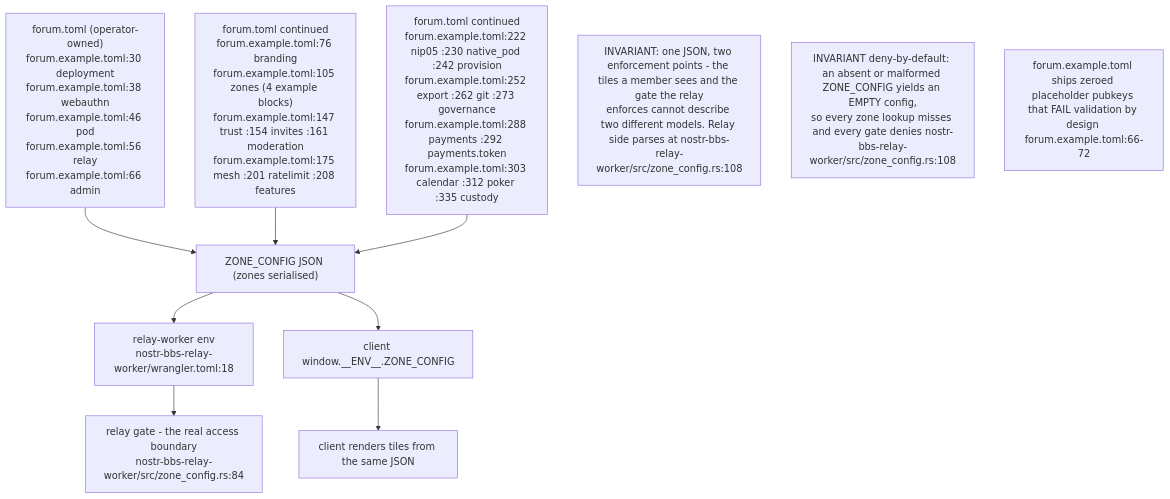
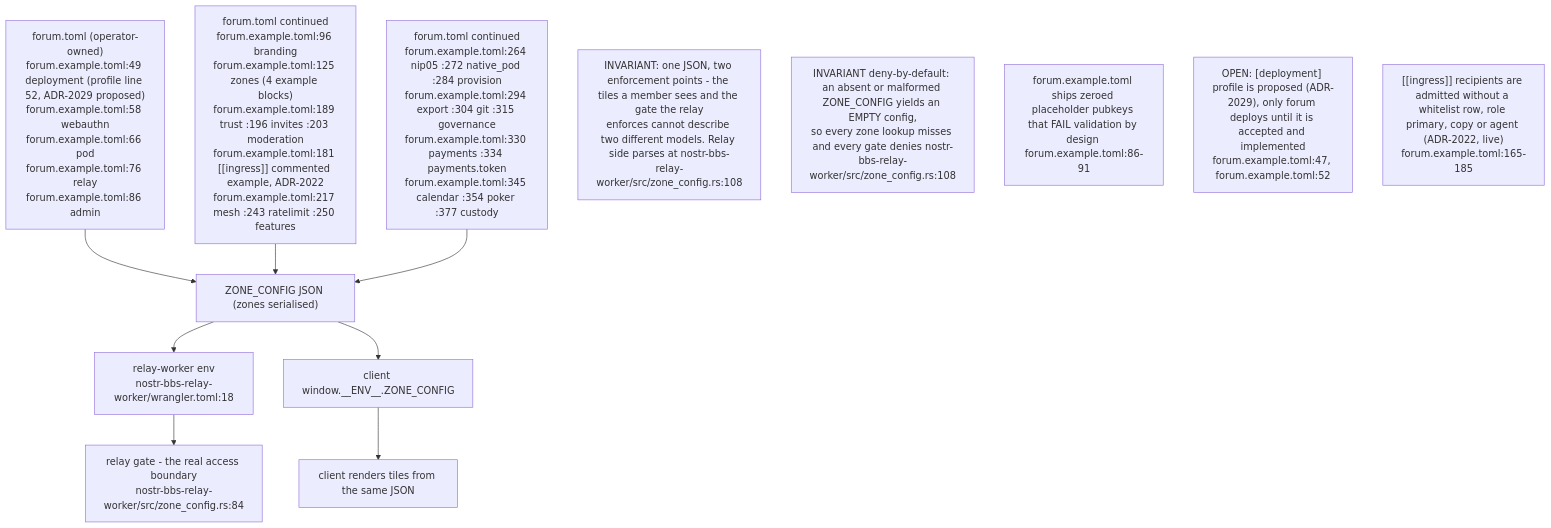
Before and after one commit to DreamLab-AI/VisionFlow: the first of 9 diagrams in docs/diagrams/nostr-rust-forum/08-config-zones-stores-and-admin-authority.md, drawn with Mermaid. The commit also changed other lines of this file and 160 other files, not shown here.

````diff
--- a/docs/diagrams/nostr-rust-forum/08-config-zones-stores-and-admin-authority.md
+++ b/docs/diagrams/nostr-rust-forum/08-config-zones-stores-and-admin-authority.md
@@ -42,21 +43,23 @@
 ```mermaid
 flowchart TB
-    TOML["forum.toml (operator-owned)<br/>forum.example.toml:30 deployment<br/>forum.example.toml:38 webauthn<br/>forum.example.toml:46 pod<br/>forum.example.toml:56 relay<br/>forum.example.toml:66 admin"]
-    TOML2["forum.toml continued<br/>forum.example.toml:76 branding<br/>forum.example.toml:105 zones (4 example blocks)<br/>forum.example.toml:147 trust :154 invites :161 moderation<br/>forum.example.toml:175 mesh :201 ratelimit :208 features"]
-    TOML3["forum.toml continued<br/>forum.example.toml:222 nip05 :230 native_pod :242 provision<br/>forum.example.toml:252 export :262 git :273 governance<br/>forum.example.toml:288 payments :292 payments.token<br/>forum.example.toml:303 calendar :312 poker :335 custody"]
+    TOML["forum.toml (operator-owned)<br/>forum.example.toml:49 deployment (profile line 52, ADR-2029 proposed)<br/>forum.example.toml:58 webauthn<br/>forum.example.toml:66 pod<br/>forum.example.toml:76 relay<br/>forum.example.toml:86 admin"]
+    TOML2["forum.toml continued<br/>forum.example.toml:96 branding<br/>forum.example.toml:125 zones (4 example blocks)<br/>forum.example.toml:189 trust :196 invites :203 moderation<br/>forum.example.toml:181 [[ingress]] commented example, ADR-2022<br/>forum.example.toml:217 mesh :243 ratelimit :250 features"]
+    TOML3["forum.toml continued<br/>forum.example.toml:264 nip05 :272 native_pod :284 provision<br/>forum.example.toml:294 export :304 git :315 governance<br/>forum.example.toml:330 payments :334 payments.token<br/>forum.example.toml:345 calendar :354 poker :377 custody"]
     ZC["ZONE_CONFIG JSON (zones serialised)"]
     RELAYENV["relay-worker env<br/>nostr-bbs-relay-worker/wrangler.toml:18"]
     CLIENTENV["client window.__ENV__.ZONE_CONFIG"]
     GATE["relay gate - the real access boundary<br/>nostr-bbs-relay-worker/src/zone_config.rs:84"]
     TILES["client renders tiles from the same JSON"]
 
     TOML --> ZC
     TOML2 --> ZC
     TOML3 --> ZC
     ZC --> RELAYENV --> GATE
     ZC --> CLIENTENV --> TILES
 
     N1["INVARIANT: one JSON, two enforcement points - the tiles a member sees and the gate the relay<br/>enforces cannot describe two different models. Relay side parses at nostr-bbs-relay-worker/src/zone_config.rs:108"]
     N2["INVARIANT deny-by-default: an absent or malformed ZONE_CONFIG yields an EMPTY config,<br/>so every zone lookup misses and every gate denies nostr-bbs-relay-worker/src/zone_config.rs:108"]
-    N3["forum.example.toml ships zeroed placeholder pubkeys that FAIL validation by design forum.example.toml:66-72"]
+    N3["forum.example.toml ships zeroed placeholder pubkeys that FAIL validation by design forum.example.toml:86-91"]
+    N4["OPEN: [deployment] profile is proposed (ADR-2029), only forum deploys until it is accepted and implemented<br/>forum.example.toml:47, forum.example.toml:52"]
+    N5["[[ingress]] recipients are admitted without a whitelist row, role primary, copy or agent (ADR-2022, live)<br/>forum.example.toml:165-185"]
 ```
````
